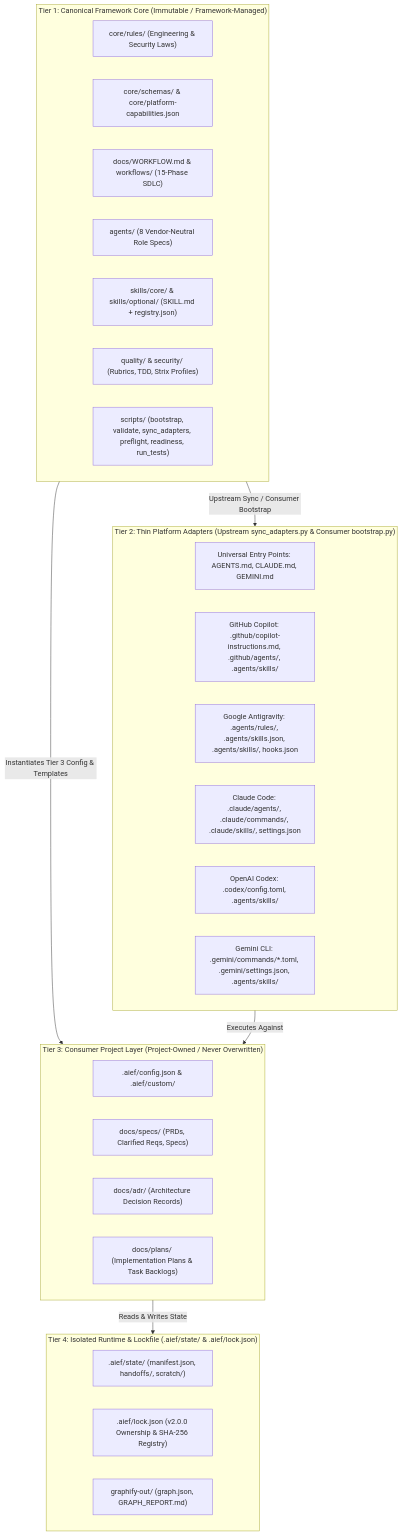
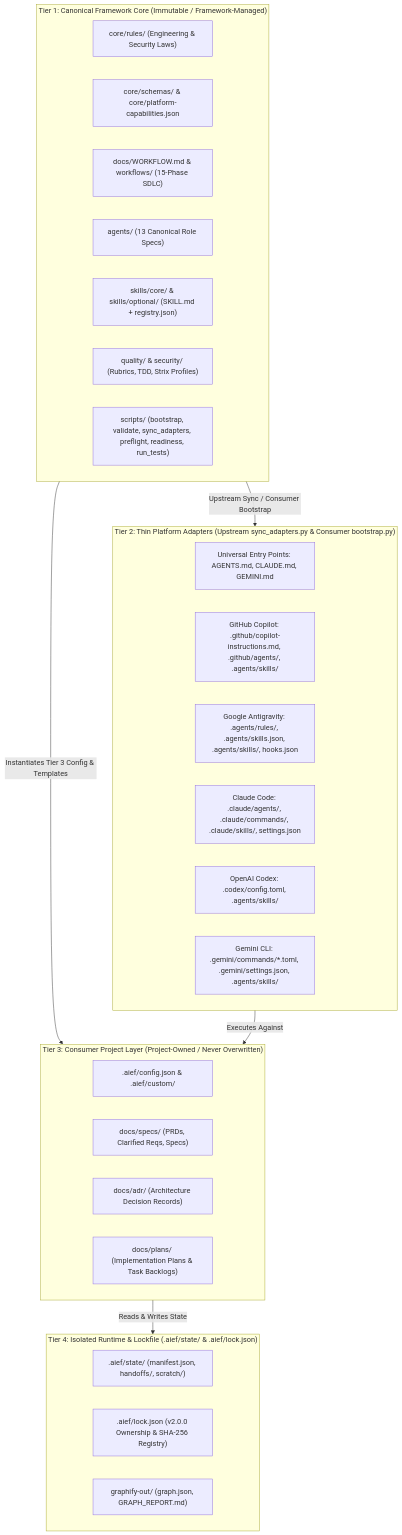
One commit to Raele24/ai-engineering-framework changed the diagram in docs/ARCHITECTURE.md. Above: the diagram before and after it, drawn with Mermaid. The commit also changed other lines of this file and 15 other files, not shown here.

````diff
--- a/docs/ARCHITECTURE.md
+++ b/docs/ARCHITECTURE.md
@@ -16,39 +16,39 @@
 ```mermaid
 flowchart TD
     subgraph T1["Tier 1: Canonical Framework Core (Immutable / Framework-Managed)"]
         CR["core/rules/ (Engineering & Security Laws)"]
         CS["core/schemas/ & core/platform-capabilities.json"]
         WF["docs/WORKFLOW.md & workflows/ (15-Phase SDLC)"]
-        AG["agents/ (8 Vendor-Neutral Role Specs)"]
+        AG["agents/ (13 Canonical Role Specs)"]
         SK["skills/core/ & skills/optional/ (SKILL.md + registry.json)"]
         QL["quality/ & security/ (Rubrics, TDD, Strix Profiles)"]
         SC["scripts/ (bootstrap, validate, sync_adapters, preflight, readiness, run_tests)"]
     end
 
     subgraph T2["Tier 2: Thin Platform Adapters (Upstream sync_adapters.py & Consumer bootstrap.py)"]
         A_UNI["Universal Entry Points: AGENTS.md, CLAUDE.md, GEMINI.md"]
         A_COP["GitHub Copilot: .github/copilot-instructions.md, .github/agents/, .agents/skills/"]
         A_AGY["Google Antigravity: .agents/rules/, .agents/skills.json, .agents/skills/, hooks.json"]
         A_CLC["Claude Code: .claude/agents/, .claude/commands/, .claude/skills/, settings.json"]
         A_CDX["OpenAI Codex: .codex/config.toml, .agents/skills/"]
         A_GEM["Gemini CLI: .gemini/commands/*.toml, .gemini/settings.json, .agents/skills/"]
     end
 
     subgraph T3["Tier 3: Consumer Project Layer (Project-Owned / Never Overwritten)"]
         PCFG[".aief/config.json & .aief/custom/"]
         PSPEC["docs/specs/ (PRDs, Clarified Reqs, Specs)"]
         PADR["docs/adr/ (Architecture Decision Records)"]
         PPLAN["docs/plans/ (Implementation Plans & Task Backlogs)"]
     end
 
     subgraph T4["Tier 4: Isolated Runtime & Lockfile (.aief/state/ & .aief/lock.json)"]
         FSTATE[".aief/state/ (manifest.json, handoffs/, scratch/)"]
         FLOCK[".aief/lock.json (v2.0.0 Ownership & SHA-256 Registry)"]
         GRAPH["graphify-out/ (graph.json, GRAPH_REPORT.md)"]
     end
 
     T1 -->|"Upstream Sync / Consumer Bootstrap"| T2
     T1 -->|"Instantiates Tier 3 Config & Templates"| T3
     T2 -->|"Executes Against"| T3
     T3 -->|"Reads & Writes State"| T4
 ```
````
